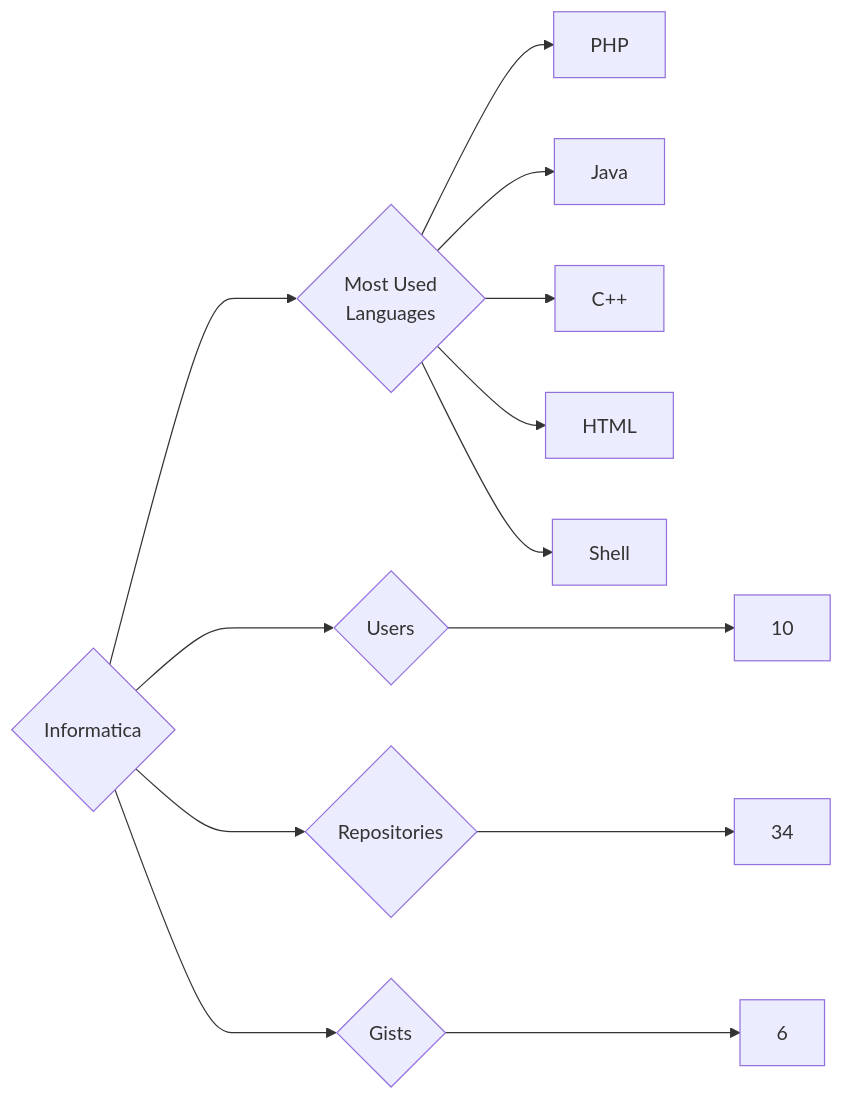
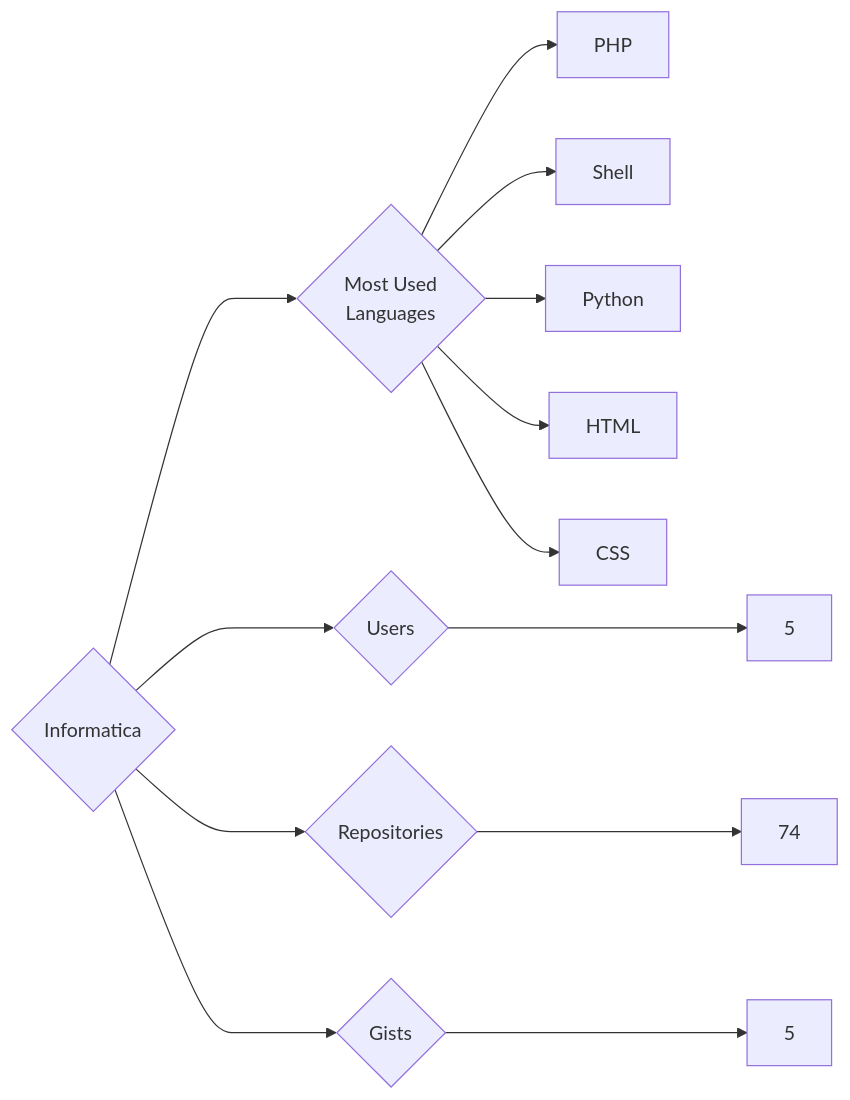
One commit to trickest/insiders changed the diagram in targets/Informatica/README.md. Above: the diagram before and after it, drawn with Mermaid. The commit also changed 815 other files, not shown here.

````diff
--- a/targets/Informatica/README.md
+++ b/targets/Informatica/README.md
@@ -3,13 +3,13 @@
 ```mermaid
 graph LR
 COMPANY_NAME{Informatica}
-COMPANY_NAME ---> U{Users} ---> UN[10]
-COMPANY_NAME ---> R{Repositories} ---> RN[34]
-COMPANY_NAME ---> G{Gists} ---> GN[6]
+COMPANY_NAME ---> U{Users} ---> UN[5]
+COMPANY_NAME ---> R{Repositories} ---> RN[74]
+COMPANY_NAME ---> G{Gists} ---> GN[5]
 COMPANY_NAME ---> ML{Most Used<br>Languages}
 ML --> PHP[PHP]
-ML --> Java[Java]
-ML --> C++[C++]
+ML --> Shell[Shell]
+ML --> Python[Python]
 ML --> HTML[HTML]
-ML --> Shell[Shell]
+ML --> CSS[CSS]
 ```
````
